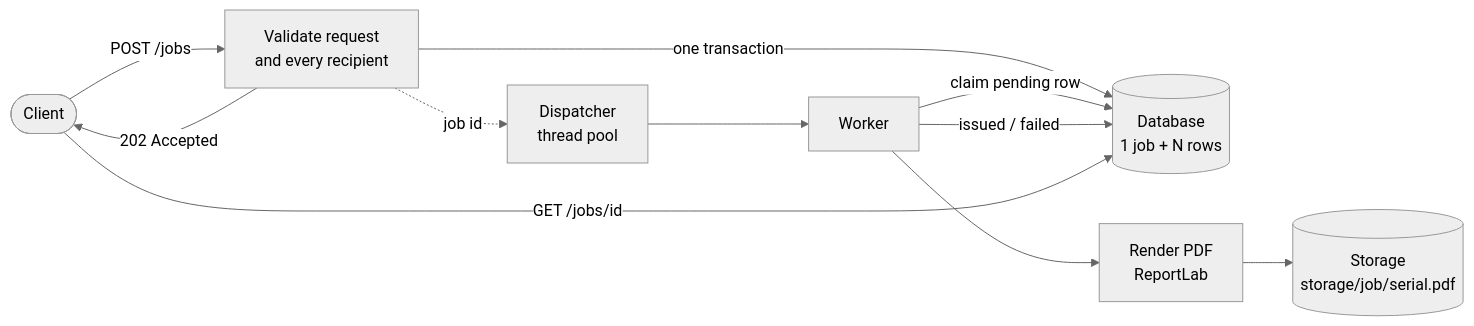
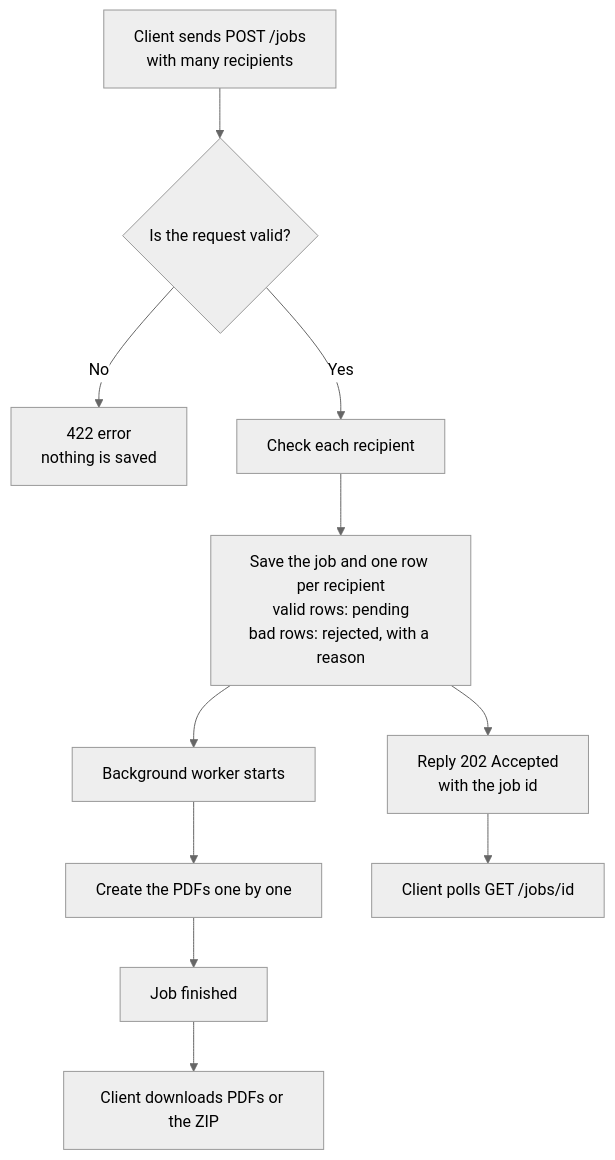
The first of 3 diagrams in README.md (kylashreddy/bulk-Certificate-Generator), drawn with Mermaid (neutral theme) before and after one commit. The commit also changed other lines of this file, not shown here.

Commit message:
Simplify README and add flow diagrams

````diff
--- a/README.md
+++ b/README.md
@@ -321,13 +31,13 @@
 ```mermaid
-flowchart LR
-    C([Client]) -->|POST /jobs| A[Validate request<br/>and every recipient]
-    A -->|one transaction| DB[(Database<br/>1 job + N rows)]
-    A -->|202 Accepted| C
-    A -.->|job id| D[Dispatcher<br/>thread pool]
-    D --> W[Worker]
-    W -->|claim pending row| DB
-    W --> R[Render PDF<br/>ReportLab]
-    R --> S[(Storage<br/>storage/job/serial.pdf)]
-    W -->|issued / failed| DB
-    C -->|GET /jobs/id| DB
+flowchart TD
+    A[Client sends POST /jobs<br/>with many recipients] --> B{Is the request valid?}
+    B -- No --> X[422 error<br/>nothing is saved]
+    B -- Yes --> C[Check each recipient]
+    C --> D[Save the job and one row per recipient<br/>valid rows: pending<br/>bad rows: rejected, with a reason]
+    D --> E[Reply 202 Accepted<br/>with the job id]
+    D --> F[Background worker starts]
+    F --> G[Create the PDFs one by one]
+    G --> H[Job finished]
+    E --> I[Client polls GET /jobs/id]
+    H --> J[Client downloads PDFs or the ZIP]
 ```
````
